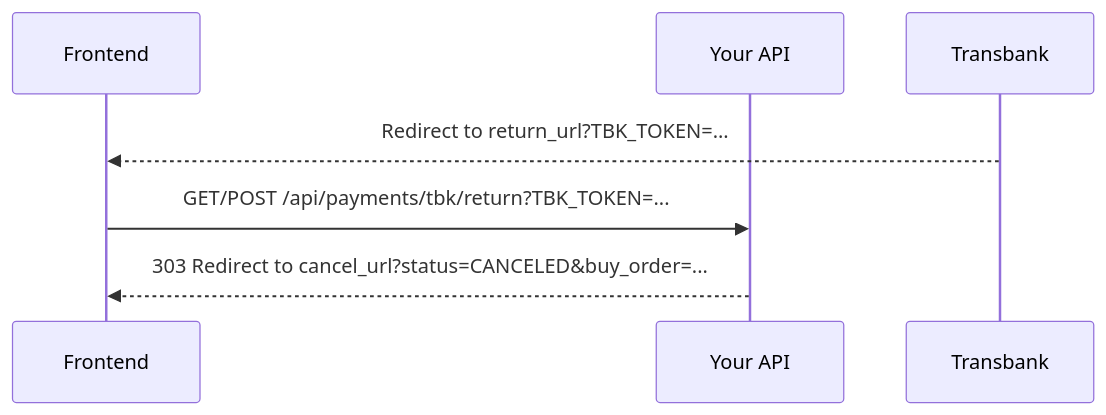
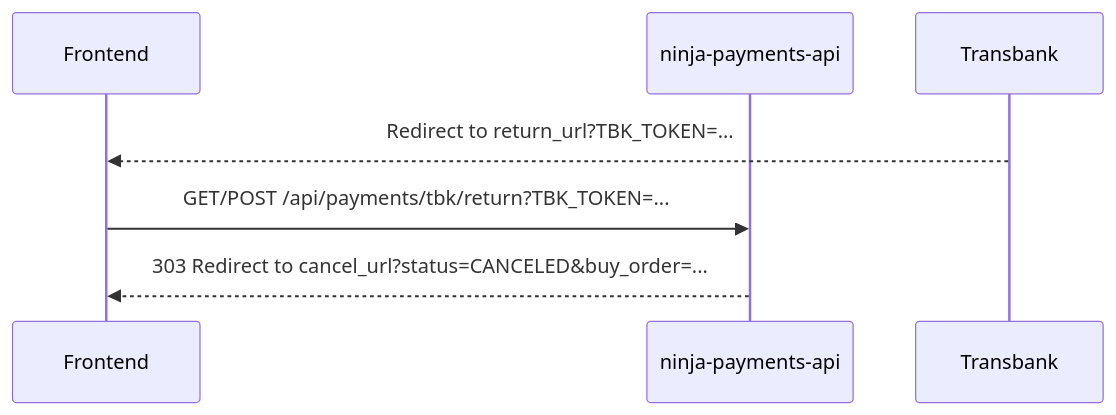
The fifth of 5 diagrams in README.md (carlosSepher/ninja-payments-api), drawn with Mermaid before and after one commit. The commit also changed other lines of this file and 5 other files, not shown here.

````diff
--- a/README.md
+++ b/README.md
@@ -211,10 +211,10 @@
 ```mermaid
 sequenceDiagram
   participant F as Frontend
-  participant API as Your API
+  participant API as ninja-payments-api
   participant TBK as Transbank
 
   TBK-->>F: Redirect to return_url?TBK_TOKEN=...
   F->>API: GET/POST /api/payments/tbk/return?TBK_TOKEN=...
   API-->>F: 303 Redirect to cancel_url?status=CANCELED&buy_order=...
 ```
````
